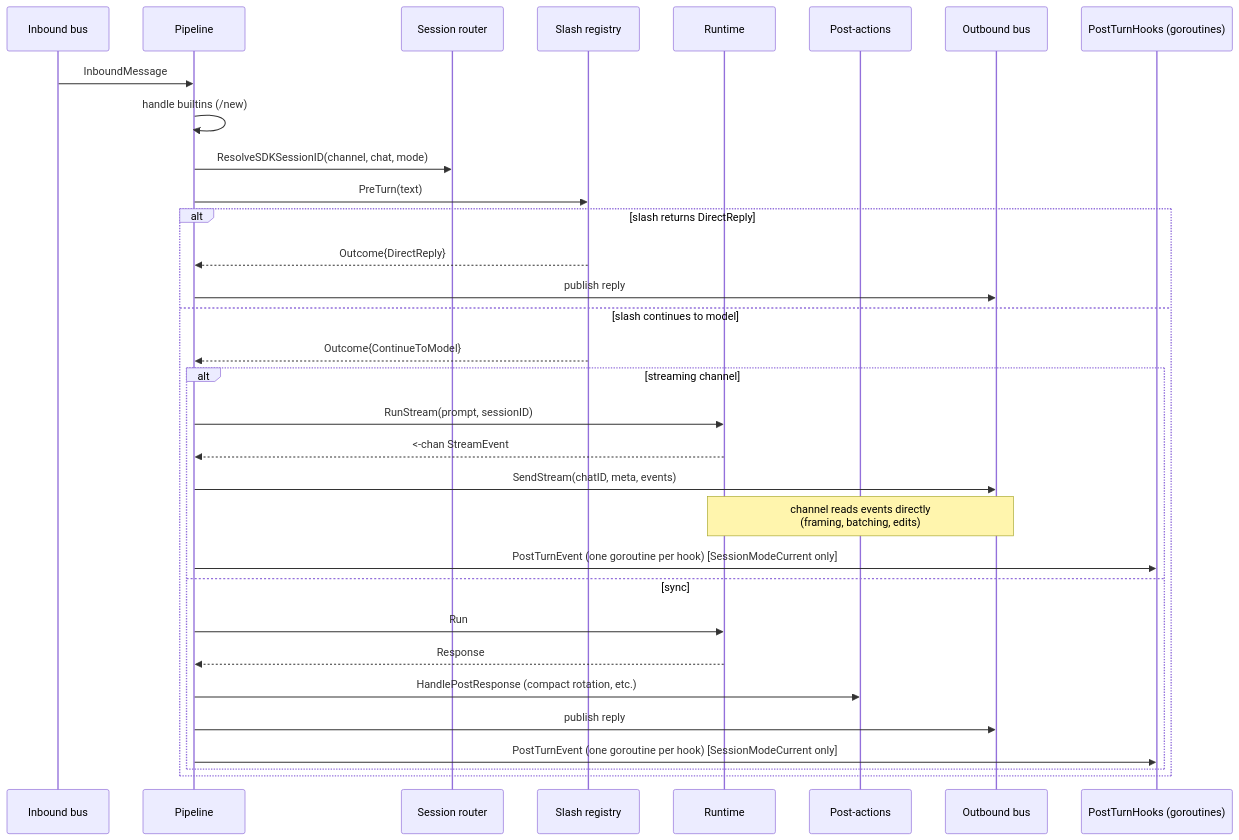
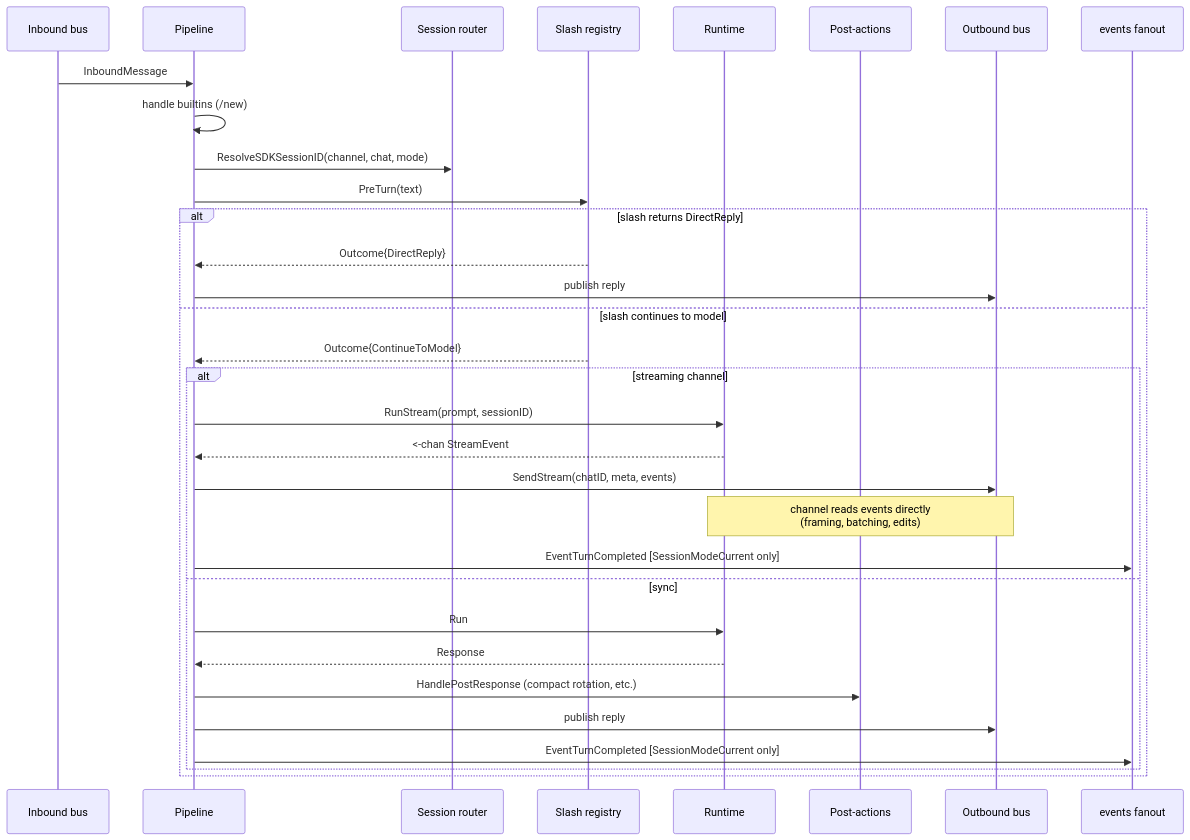
One commit to ageneralai/maven changed the diagram in docs/concepts/pipeline.md. Above: the diagram before and after it, drawn with Mermaid. The commit also changed other lines of this file and 18 other files, not shown here.

First line of the commit message:
refactor(events): replace PostTurnEvent with EventTurnCompleted for improved event handling

````diff
--- a/docs/concepts/pipeline.md
+++ b/docs/concepts/pipeline.md
@@ -23,34 +23,34 @@
 ```mermaid
 sequenceDiagram
     participant Bus as Inbound bus
     participant P as Pipeline
     participant Sess as Session router
     participant Slash as Slash registry
     participant RT as Runtime
     participant Post as Post-actions
     participant Out as Outbound bus
-    participant H as PostTurnHooks (goroutines)
+    participant Ev as events fanout
     Bus->>P: InboundMessage
     P->>P: handle builtins (/new)
     P->>Sess: ResolveSDKSessionID(channel, chat, mode)
     P->>Slash: PreTurn(text)
     alt slash returns DirectReply
         Slash-->>P: Outcome{DirectReply}
         P->>Out: publish reply
     else slash continues to model
         Slash-->>P: Outcome{ContinueToModel}
         alt streaming channel
             P->>RT: RunStream(prompt, sessionID)
             RT-->>P: <-chan StreamEvent
             P->>Out: SendStream(chatID, meta, events)
             Note over Out,RT: channel reads events directly<br/>(framing, batching, edits)
-            P->>H: PostTurnEvent (one goroutine per hook) [SessionModeCurrent only]
+            P->>Ev: EventTurnCompleted [SessionModeCurrent only]
         else sync
             P->>RT: Run
             RT-->>P: Response
             P->>Post: HandlePostResponse (compact rotation, etc.)
             P->>Out: publish reply
-            P->>H: PostTurnEvent (one goroutine per hook) [SessionModeCurrent only]
+            P->>Ev: EventTurnCompleted [SessionModeCurrent only]
         end
     end
 ```
````
